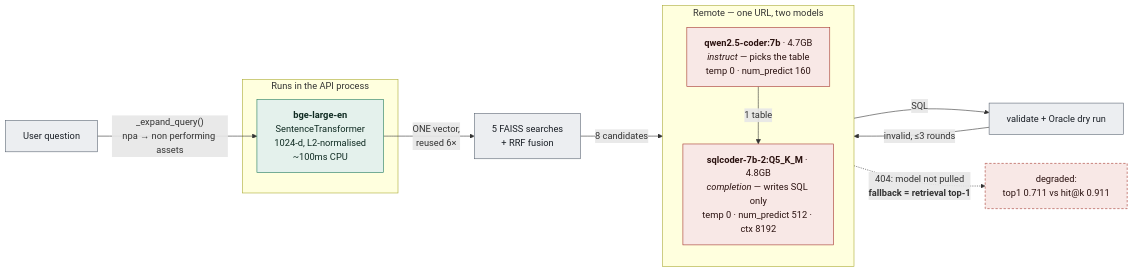
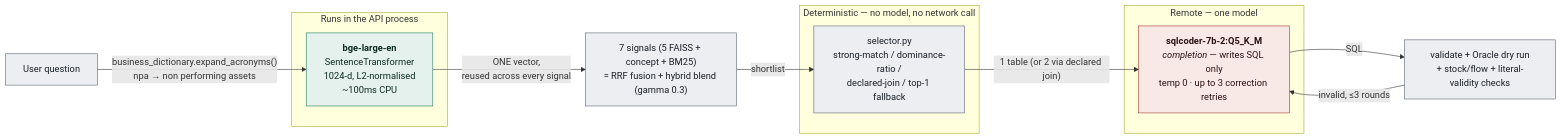
The second of 5 diagrams in ARCHITECTURE.md (Irisvinayak/sql_agent), drawn with Mermaid before and after one commit. The commit also changed other lines of this file and 62 other files, not shown here.

````diff
--- a/ARCHITECTURE.md
+++ b/ARCHITECTURE.md
@@ -114,33 +122,33 @@
 ```mermaid
 graph LR
     Q["User question"]
 
     subgraph LOCAL["Runs in the API process"]
         E["<b>bge-large-en</b><br/>SentenceTransformer<br/>1024-d, L2-normalised<br/>~100ms CPU"]
     end
 
-    subgraph REMOTE["Remote — one URL, two models"]
-        direction TB
-        S["<b>qwen2.5-coder:7b</b> · 4.7GB<br/><i>instruct</i> — picks the table<br/>temp 0 · num_predict 160"]
-        G["<b>sqlcoder-7b-2:Q5_K_M</b> · 4.8GB<br/><i>completion</i> — writes SQL only<br/>temp 0 · num_predict 512 · ctx 8192"]
+    subgraph DETERM["Deterministic — no model, no network call"]
+        SELD["selector.py<br/>strong-match / dominance-ratio /<br/>declared-join / top-1 fallback"]
     end
 
-    Q -->|"_expand_query()<br/>npa → non performing assets"| E
-    E -->|"ONE vector,<br/>reused 6×"| F["5 FAISS searches<br/>+ RRF fusion"]
-    F -->|"8 candidates"| S
-    S -->|"1 table"| G
-    G -->|"SQL"| V["validate + Oracle dry run"]
+    subgraph REMOTE["Remote — one model"]
+        G["<b>sqlcoder-7b-2:Q5_K_M</b><br/><i>completion</i> — writes SQL only<br/>temp 0 · up to 3 correction retries"]
+    end
+
+    Q -->|"business_dictionary.expand_acronyms()<br/>npa → non performing assets"| E
+    E -->|"ONE vector,<br/>reused across every signal"| F["7 signals (5 FAISS + concept + BM25)<br/>= RRF fusion + hybrid blend (gamma 0.3)"]
+    F -->|"shortlist"| SELD
+    SELD -->|"1 table (or 2 via declared join)"| G
+    G -->|"SQL"| V["validate + Oracle dry run<br/>+ stock/flow + literal-validity checks"]
     V -->|"invalid, ≤3 rounds"| G
 
-    S -.->|"404: model not pulled<br/><b>fallback = retrieval top-1</b>"| FB["degraded:<br/>top1 0.711 vs hit@k 0.911"]
-
     classDef local fill:#e4f1ec,stroke:#1f7a5c,color:#0f2b22
+    classDef determ fill:#eceef1,stroke:#5a6472,color:#1a1f26
     classDef remote fill:#f8e8e6,stroke:#a4342b,color:#2b1210
     classDef flow fill:#eceef1,stroke:#5a6472,color:#1a1f26
-    classDef bad fill:#f8e8e6,stroke:#a4342b,color:#2b1210,stroke-dasharray: 4 3
 
     class E local
-    class S,G remote
+    class SELD determ
+    class G remote
     class Q,F,V flow
-    class FB bad
 ```
````
